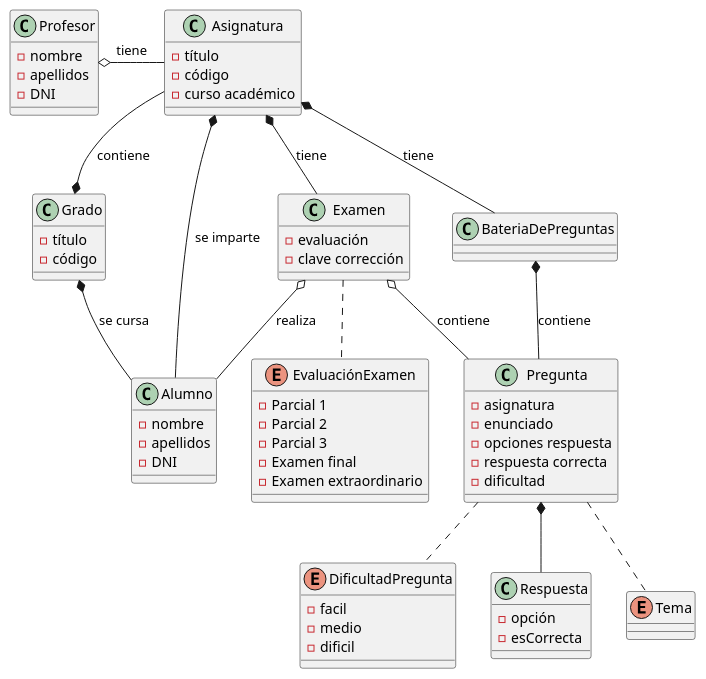
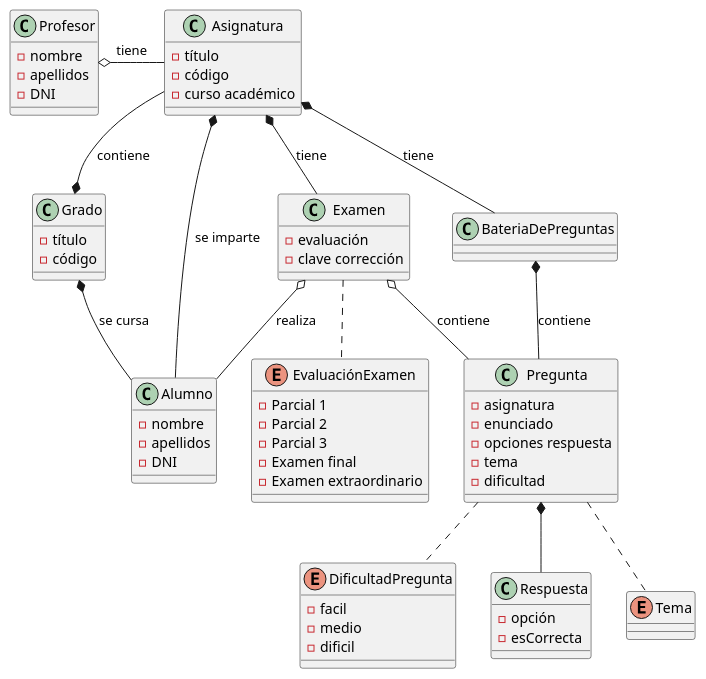
The diagram in documents/modelos/diagramas/diagramaEntidad/diagramaEntidad.puml (martinlopez7/25-26-IdSw1-SdR), drawn with PlantUML before and after one commit. The commit also changed 1 other file, not shown here.

```diff
--- a/documents/modelos/diagramas/diagramaEntidad/diagramaEntidad.puml
+++ b/documents/modelos/diagramas/diagramaEntidad/diagramaEntidad.puml
@@ -1,68 +1,68 @@
 @startuml
 class Examen{
  - evaluación
  - clave corrección
 }
 class Asignatura{
  - título
  - código
  - curso académico
 }
 class Pregunta{
  - asignatura
  - enunciado
  - opciones respuesta
- - respuesta correcta
+ - tema
  - dificultad
 }
 class BateriaDePreguntas{
 }
 class Grado{
  - título
  - código
 }
 class Profesor{
  - nombre
  - apellidos
  - DNI
 }
 class Alumno{
  - nombre
  - apellidos
  - DNI
 }
 enum EvaluaciónExamen{
  - Parcial 1
  - Parcial 2
  - Parcial 3
  - Examen final
  - Examen extraordinario
 }
 enum DificultadPregunta{
  - facil
  - medio
  - dificil
 }
 
 class Respuesta{
  - opción
  - esCorrecta
 }
 
 enum Tema{
 }
 
 Respuesta -u-* Pregunta
 Pregunta .. DificultadPregunta
 Pregunta -u-o Examen : contiene
 Pregunta -u-* BateriaDePreguntas : contiene
 Examen .. EvaluaciónExamen
 BateriaDePreguntas -u-* Asignatura : tiene
 Examen -u-* Asignatura : tiene
 Profesor o-r- Asignatura : tiene
 Asignatura --* Grado : contiene
 Alumno -u-o Examen : realiza
 Alumno -u-* Asignatura : se imparte
 Alumno -u-* Grado : se cursa
 Pregunta .. Tema
 @enduml
```
